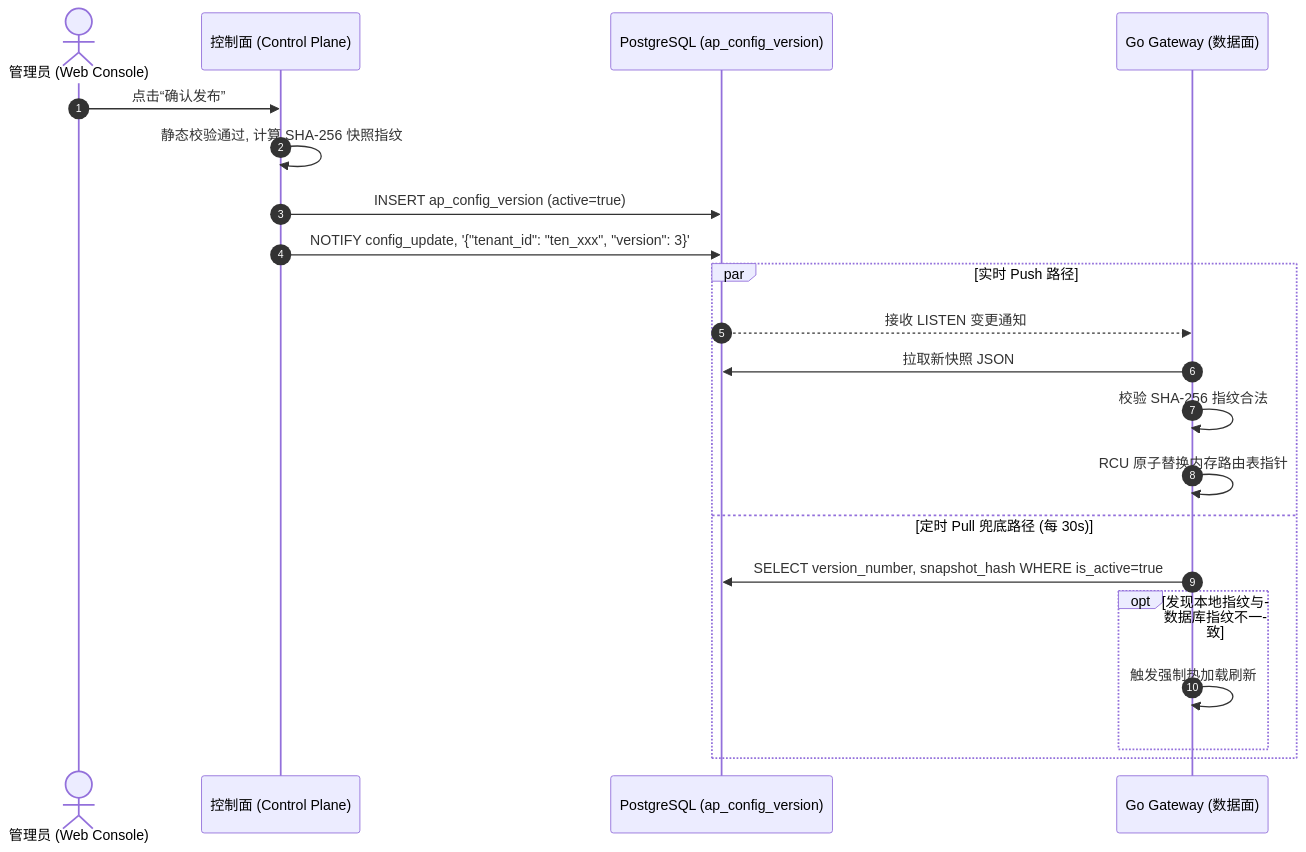
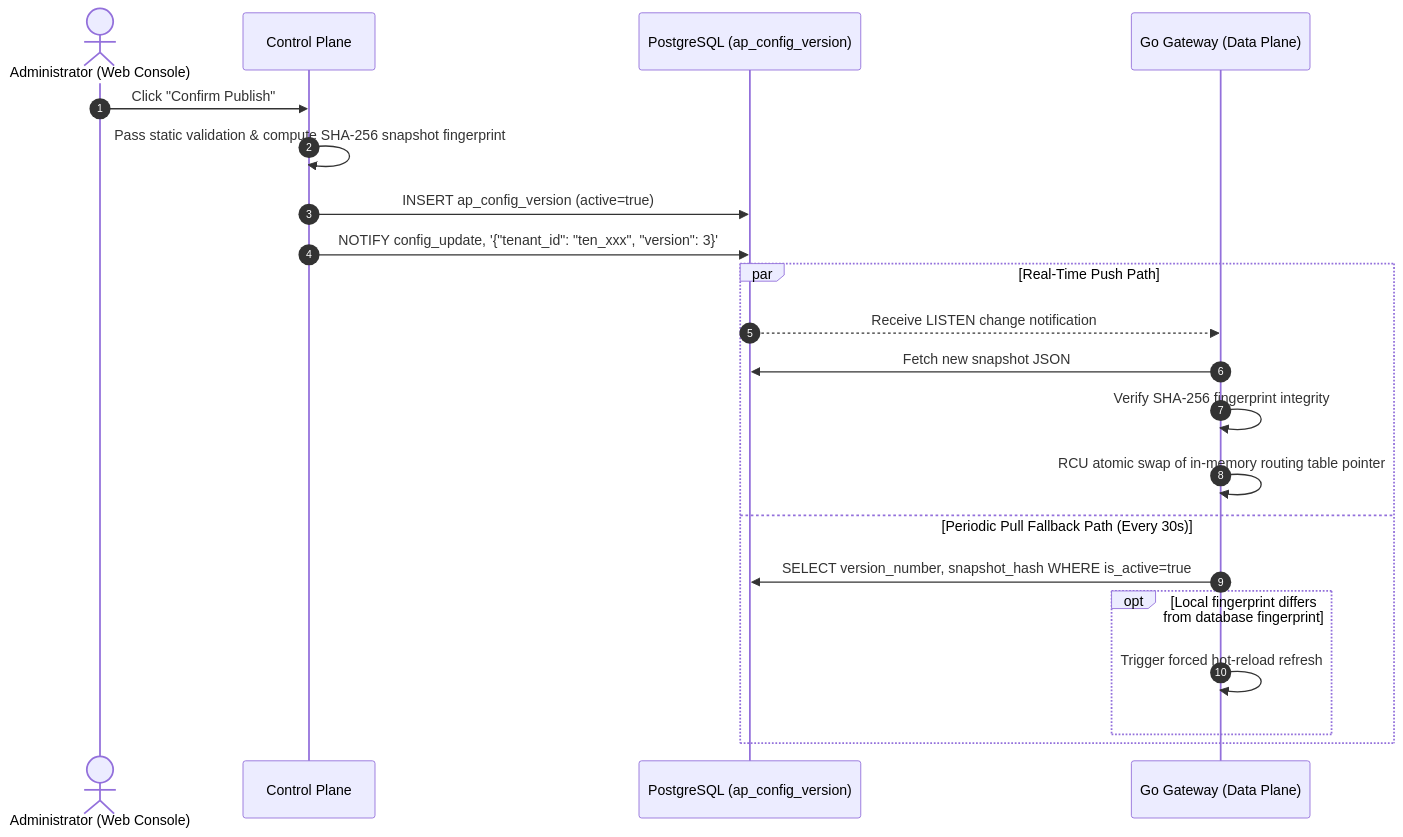
One commit to open-agentpay/AgentPay changed the second of 2 diagrams in specs/config-publishing-spec.md. Above: the diagram before and after it, drawn with Mermaid. The commit also changed other lines of this file and 70 other files, not shown here.

````diff
--- a/specs/config-publishing-spec.md
+++ b/specs/config-publishing-spec.md
@@ -91,25 +91,25 @@
 ```mermaid
 sequenceDiagram
     autonumber
-    actor Admin as 管理员 (Web Console)
-    participant CP as 控制面 (Control Plane)
+    actor Admin as Administrator (Web Console)
+    participant CP as Control Plane
     participant PG as PostgreSQL (ap_config_version)
-    participant GW as Go Gateway (数据面)
+    participant GW as Go Gateway (Data Plane)
 
-    Admin->>CP: 点击“确认发布”
-    CP->>CP: 静态校验通过, 计算 SHA-256 快照指纹
+    Admin->>CP: Click "Confirm Publish"
+    CP->>CP: Pass static validation & compute SHA-256 snapshot fingerprint
     CP->>PG: INSERT ap_config_version (active=true)
     CP->>PG: NOTIFY config_update, '{"tenant_id": "ten_xxx", "version": 3}'
     
-    par 实时 Push 路径
-        PG-->>GW: 接收 LISTEN 变更通知
-        GW->>PG: 拉取新快照 JSON
-        GW->>GW: 校验 SHA-256 指纹合法
-        GW->>GW: RCU 原子替换内存路由表指针
-    and 定时 Pull 兜底路径 (每 30s)
+    par Real-Time Push Path
+        PG-->>GW: Receive LISTEN change notification
+        GW->>PG: Fetch new snapshot JSON
+        GW->>GW: Verify SHA-256 fingerprint integrity
+        GW->>GW: RCU atomic swap of in-memory routing table pointer
+    and Periodic Pull Fallback Path (Every 30s)
         GW->>PG: SELECT version_number, snapshot_hash WHERE is_active=true
-        opt 发现本地指纹与数据库指纹不一致
-            GW->>GW: 触发强制热加载刷新
+        opt Local fingerprint differs from database fingerprint
+            GW->>GW: Trigger forced hot-reload refresh
         end
     end
 ```
````
